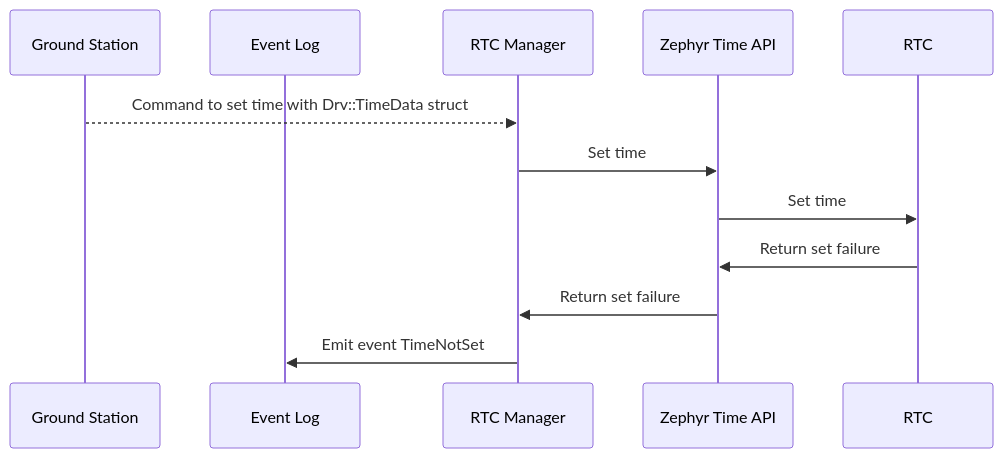
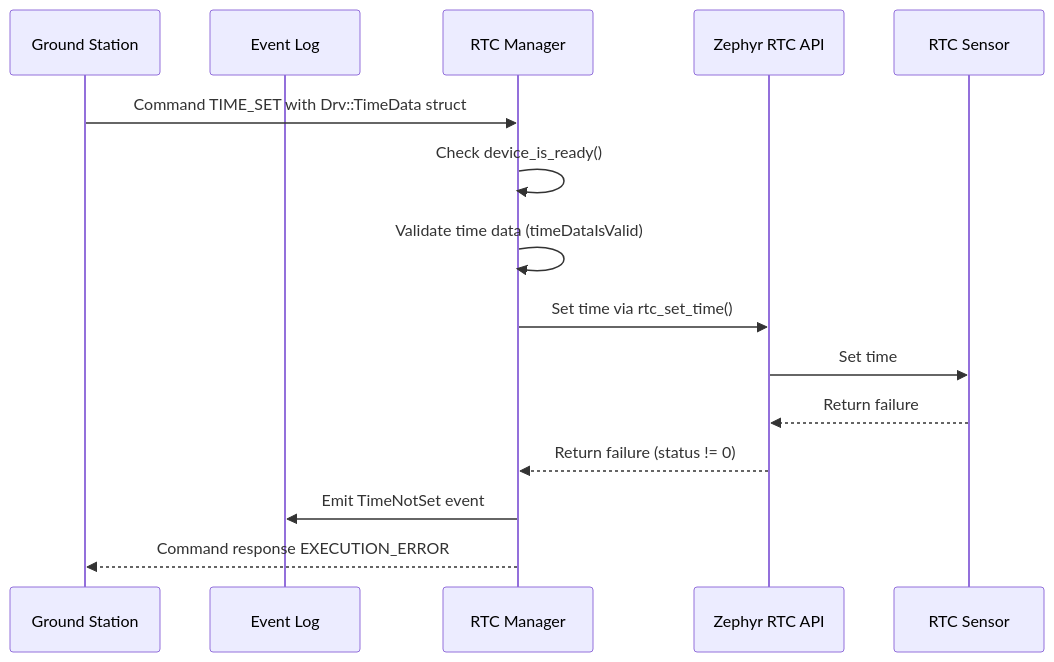
One commit to Open-Source-Space-Foundation/proves-core-reference changed the seventh of 7 diagrams in FprimeZephyrReference/Components/Drv/RtcManager/docs/sdd.md. Above: the diagram before and after it, drawn with Mermaid. The commit also changed other lines of this file, not shown here.

````diff
--- a/FprimeZephyrReference/Components/Drv/RtcManager/docs/sdd.md
+++ b/FprimeZephyrReference/Components/Drv/RtcManager/docs/sdd.md
@@ -150,14 +188,17 @@
 ```mermaid
 sequenceDiagram
     participant Ground Station
     participant Event Log
     participant RTC Manager
-    participant Zephyr Time API
-    participant RTC
-    Ground Station-->>RTC Manager: Command to set time with Drv::TimeData struct
-    RTC Manager->>Zephyr Time API: Set time
-    Zephyr Time API->>RTC: Set time
-    RTC->>Zephyr Time API: Return set failure
-    Zephyr Time API->>RTC Manager: Return set failure
-    RTC Manager->>Event Log: Emit event TimeNotSet
+    participant Zephyr RTC API
+    participant RTC Sensor
+    Ground Station->>RTC Manager: Command TIME_SET with Drv::TimeData struct
+    RTC Manager->>RTC Manager: Check device_is_ready()
+    RTC Manager->>RTC Manager: Validate time data (timeDataIsValid)
+    RTC Manager->>Zephyr RTC API: Set time via rtc_set_time()
+    Zephyr RTC API->>RTC Sensor: Set time
+    RTC Sensor-->>Zephyr RTC API: Return failure
+    Zephyr RTC API-->>RTC Manager: Return failure (status != 0)
+    RTC Manager->>Event Log: Emit TimeNotSet event
+    RTC Manager-->>Ground Station: Command response EXECUTION_ERROR
 ```
````
